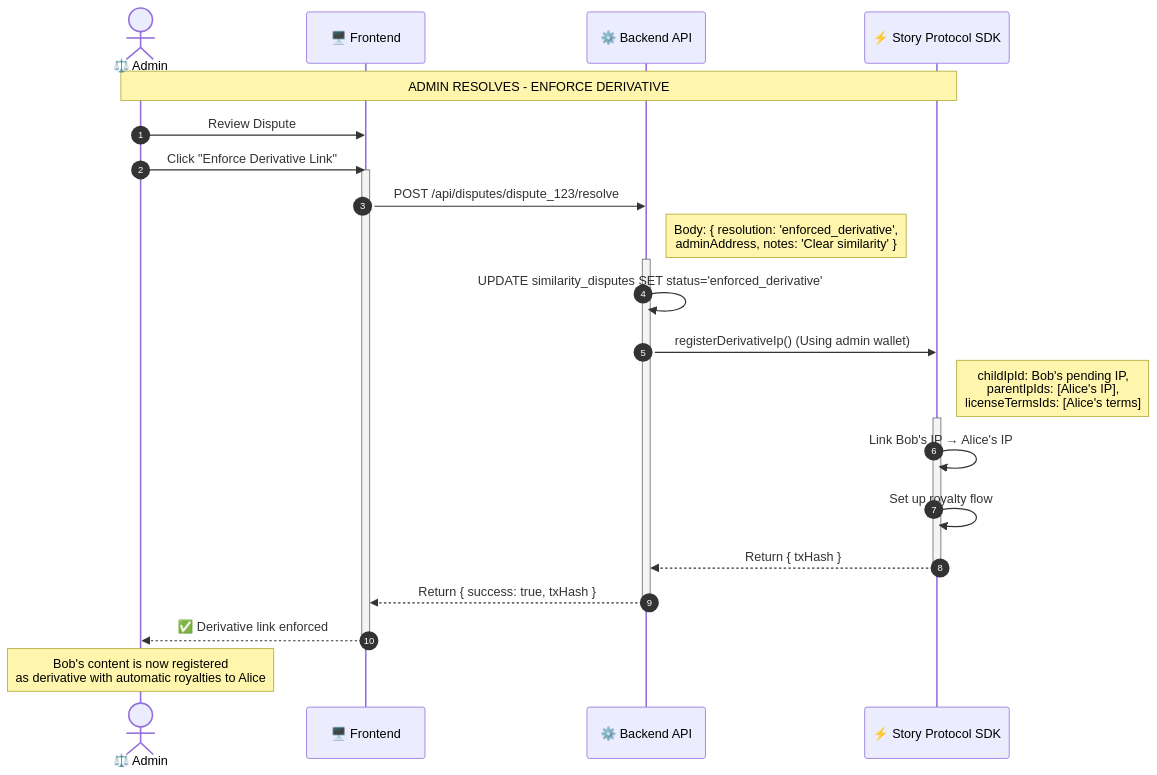
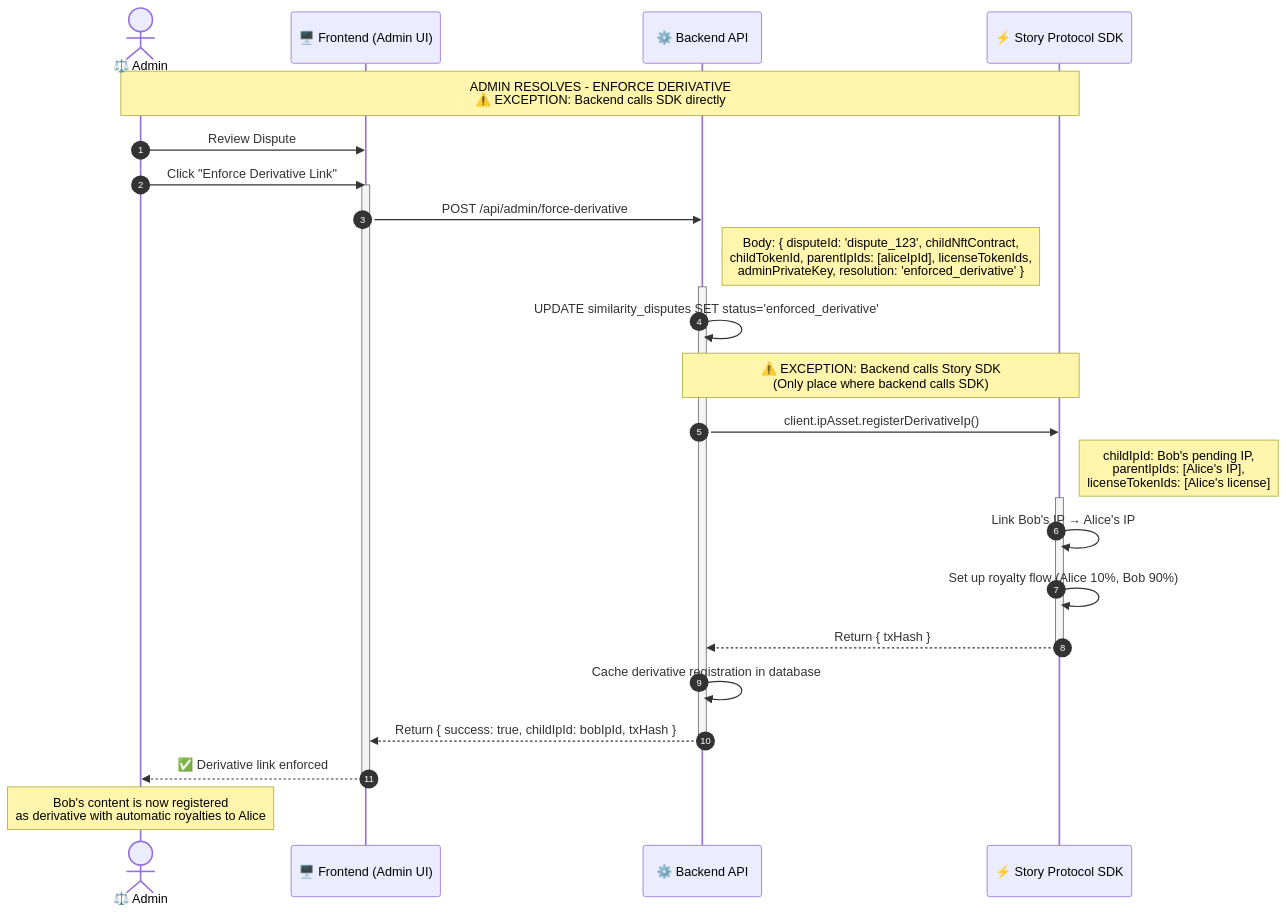
One commit to 18Abhinav07/Orion changed diagram 11 of 11 in FLOW.md. Above: the diagram before and after it, drawn with Mermaid. The commit also changed other lines of this file, not shown here.

````diff
--- a/FLOW.md
+++ b/FLOW.md
@@ -1001,37 +1333,39 @@
 ```mermaid
 sequenceDiagram
     autonumber
     actor Admin as ⚖️ Admin
-    participant FE as 🖥️ Frontend
+    participant FE as 🖥️ Frontend (Admin UI)
     participant API as ⚙️ Backend API
     participant SP as ⚡ Story Protocol SDK
 
-    Note over Admin, SP: ADMIN RESOLVES - ENFORCE DERIVATIVE
+    Note over Admin, SP: ADMIN RESOLVES - ENFORCE DERIVATIVE<br/>⚠️ EXCEPTION: Backend calls SDK directly
 
     Admin->>FE: Review Dispute #123 (Score: 78%)
     Admin->>FE: Click "Enforce Derivative Link"
 
     activate FE
-    FE->>API: POST /api/disputes/dispute_123/resolve
-    Note right of API: Body: { resolution: 'enforced_derivative',<br/>adminAddress, notes: 'Clear similarity' }
+    FE->>API: POST /api/admin/force-derivative
+    Note right of API: Body: { disputeId: 'dispute_123', childNftContract,<br/>childTokenId, parentIpIds: [aliceIpId], licenseTokenIds,<br/>adminPrivateKey, resolution: 'enforced_derivative' }
 
     activate API
     API->>API: UPDATE similarity_disputes SET status='enforced_derivative'
 
-    API->>SP: registerDerivativeIp() (Using admin wallet)
-    Note right of SP: childIpId: Bob's pending IP,<br/>parentIpIds: [Alice's IP],<br/>licenseTermsIds: [Alice's terms]
+    Note over API, SP: ⚠️ EXCEPTION: Backend calls Story SDK<br/>(Only place where backend calls SDK)
+    API->>SP: client.ipAsset.registerDerivativeIp()
+    Note right of SP: childIpId: Bob's pending IP,<br/>parentIpIds: [Alice's IP],<br/>licenseTokenIds: [Alice's license]
 
     activate SP
     SP->>SP: Link Bob's IP → Alice's IP
-    SP->>SP: Set up royalty flow
+    SP->>SP: Set up royalty flow (Alice 10%, Bob 90%)
     SP-->>API: Return { txHash }
     deactivate SP
 
-    API-->>FE: Return { success: true, txHash }
+    API->>API: Cache derivative registration in database
+    API-->>FE: Return { success: true, childIpId: bobIpId, txHash }
     deactivate API
 
     FE-->>Admin: ✅ Derivative link enforced
     deactivate FE
 
     Note over Admin: Bob's content is now registered<br/>as derivative with automatic royalties to Alice
 ```
````
